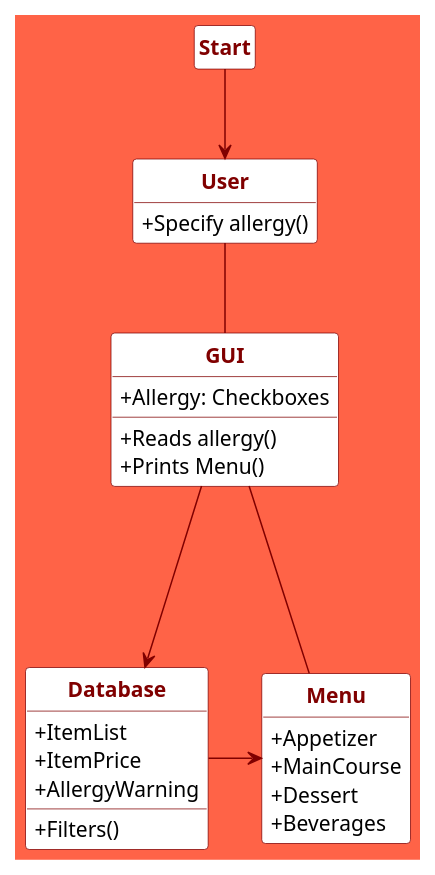
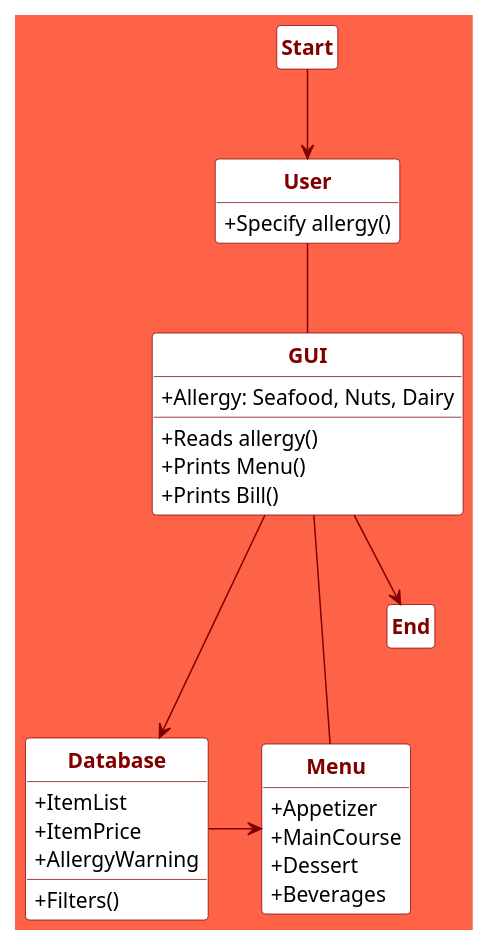
Before and after one commit to yawna000/OORedProject: the diagram in PUML/LXRequirementRestaurantManagementSystem.puml, drawn with PlantUML.

```diff
--- a/PUML/LXRequirementRestaurantManagementSystem.puml
+++ b/PUML/LXRequirementRestaurantManagementSystem.puml
@@ -1,55 +1,57 @@
 @startuml
 
 skinparam style strictuml
 skinparam backgroundColor tomato
 skinparam class{
 BackgroundColor white
 BorderColor maroon
 FontColor maroon
 ArrowColor maroon
 FontStyle bold
 AttributeIconSize 0
 }
 skinparam object{
 BackgroundColor white
 BorderColor maroon
 FontColor maroon
 ArrowColor maroon
 FontStyle bold
 AttributeIconSize 0
 }
 hide empty members
 
 Start -->User
 
 User -- GUI
 GUI ---> Database
 GUI - Menu
 Database -> Menu
 annotation Start{}
+GUI --> End
 
 class Database {
 +ItemList
 +ItemPrice
 +AllergyWarning
 +Filters()
 }
 
 class GUI{
-+Allergy: Checkboxes
++Allergy: Seafood, Nuts, Dairy
 +Reads allergy()
 +Prints Menu()
++Prints Bill()
 }
 
 object Menu{
 +Appetizer
 +MainCourse
 +Dessert
 +Beverages
 }
 
 class User {
 +Specify allergy()
 }
 
 @enduml
```
